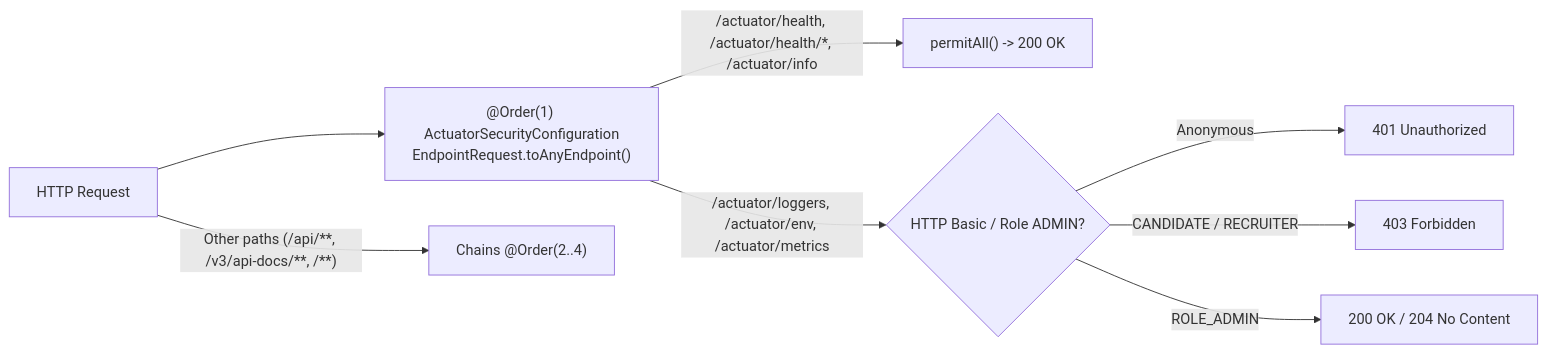
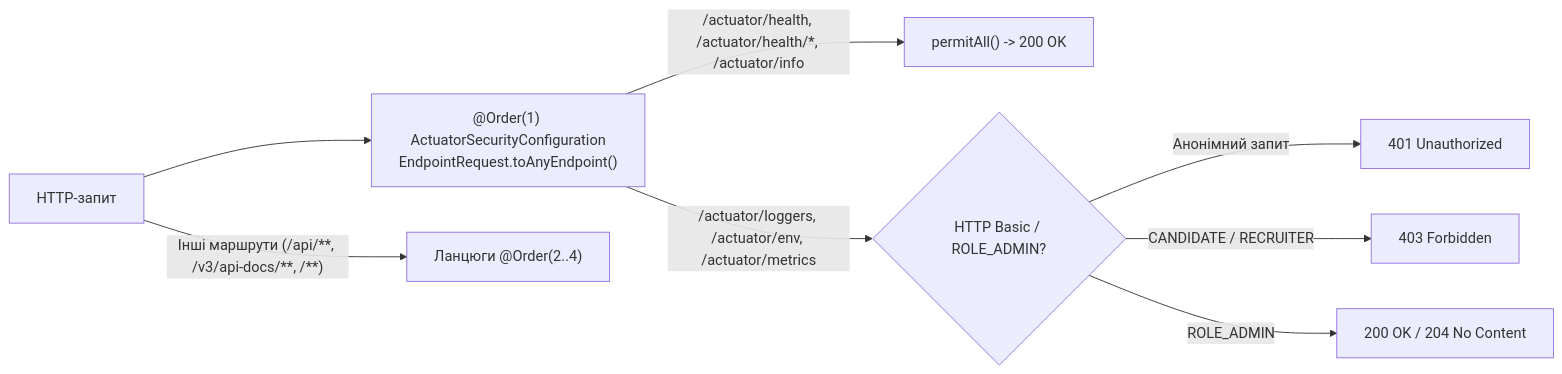
Before and after one commit to humaNukr/CandidAI: the diagram in docs/practice-11-report.md, drawn with Mermaid. The commit also changed other lines of this file, not shown here.

Commit message:
docs(actuator): refine practice 11 report style and add screenshot placeholders

````diff
--- a/docs/practice-11-report.md
+++ b/docs/practice-11-report.md
@@ -11,10 +11,10 @@
 ```mermaid
 flowchart LR
-    Req["HTTP Request"] --> Chain1["@Order(1) ActuatorSecurityConfiguration\nEndpointRequest.toAnyEndpoint()"]
+    Req["HTTP-запит"] --> Chain1["@Order(1) ActuatorSecurityConfiguration\nEndpointRequest.toAnyEndpoint()"]
     Chain1 -->|"/actuator/health, /actuator/health/*, /actuator/info"| Public["permitAll() -> 200 OK"]
-    Chain1 -->|"/actuator/loggers, /actuator/env, /actuator/metrics"| Auth{"HTTP Basic / Role ADMIN?"}
-    Auth -->|"Anonymous"| R401["401 Unauthorized"]
+    Chain1 -->|"/actuator/loggers, /actuator/env, /actuator/metrics"| Auth{"HTTP Basic / ROLE_ADMIN?"}
+    Auth -->|"Анонімний запит"| R401["401 Unauthorized"]
     Auth -->|"CANDIDATE / RECRUITER"| R403["403 Forbidden"]
     Auth -->|"ROLE_ADMIN"| R200["200 OK / 204 No Content"]
-    Req -->|"Other paths (/api/**, /v3/api-docs/**, /**)"| Other["Chains @Order(2..4)"]
+    Req -->|"Інші маршрути (/api/**, /v3/api-docs/**, /**)"| Other["Ланцюги @Order(2..4)"]
 ```
````
